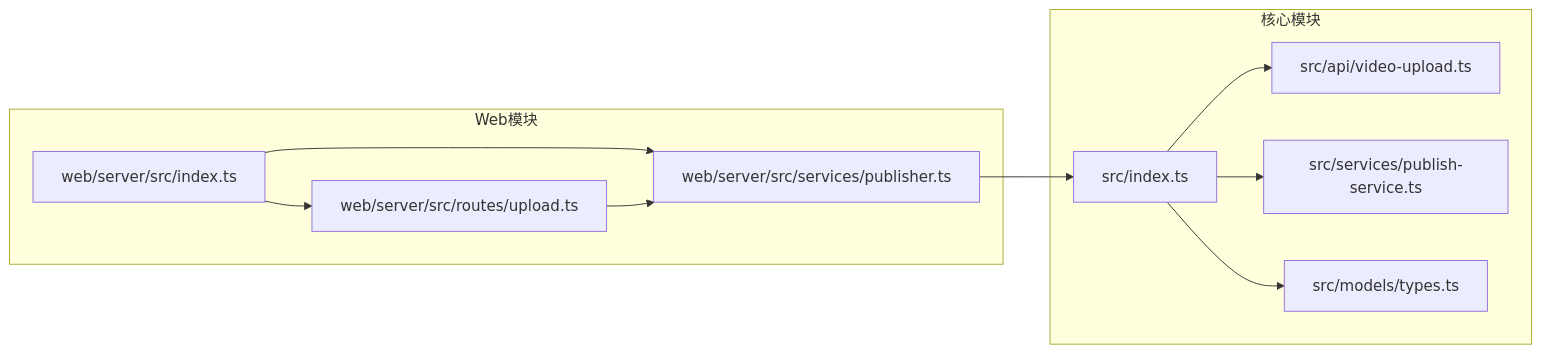
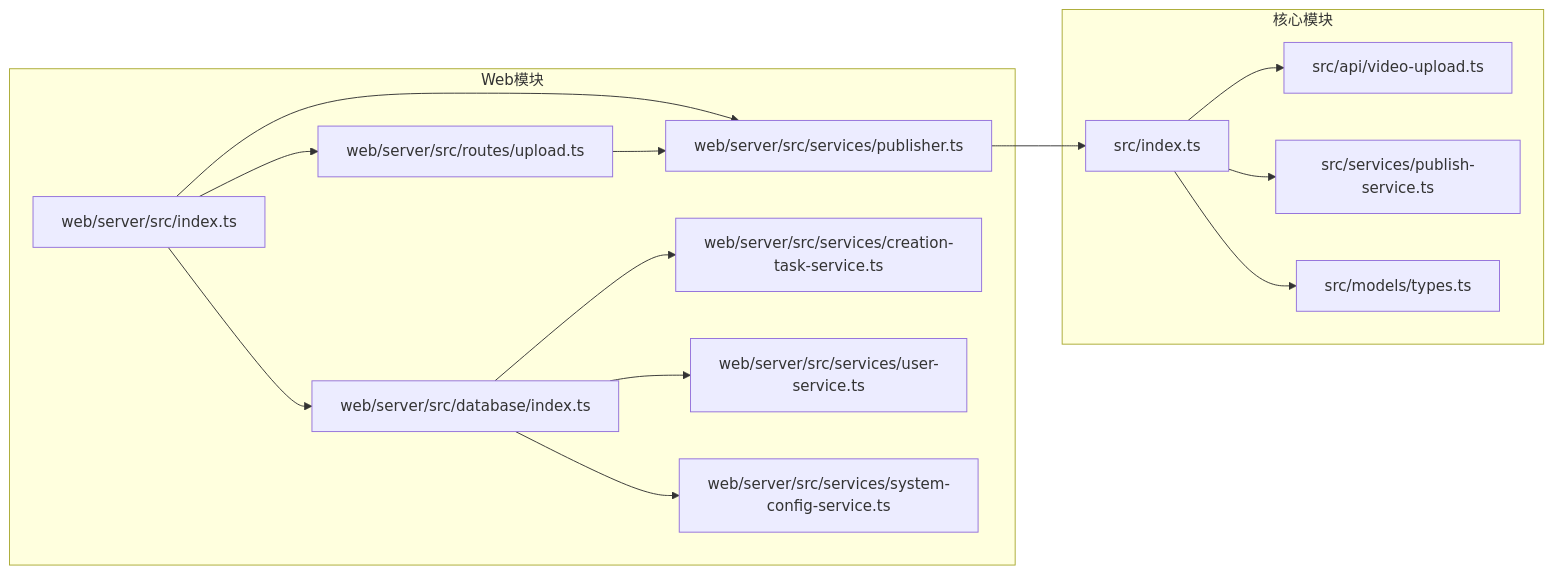
Diagram 13 of 13 in .qoder/repowiki/zh/content/Legacy Upload System Removed.md (songdiyang/clawOperations), drawn with Mermaid before and after one commit. The commit also changed other lines of this file and 10 other files, not shown here.

````diff
--- a/.qoder/repowiki/zh/content/Legacy Upload System Removed.md
+++ b/.qoder/repowiki/zh/content/Legacy Upload System Removed.md
@@ -397,21 +625,29 @@
 ```mermaid
 graph LR
 subgraph "核心模块"
 Main[src/index.ts]
 Upload[src/api/video-upload.ts]
 Publish[src/services/publish-service.ts]
 Types[src/models/types.ts]
 end
 subgraph "Web模块"
 WebIndex[web/server/src/index.ts]
 UploadRoute[web/server/src/routes/upload.ts]
 PublisherService[web/server/src/services/publisher.ts]
+DatabaseLayer[web/server/src/database/index.ts]
+TaskService[web/server/src/services/creation-task-service.ts]
+UserService[web/server/src/services/user-service.ts]
+SystemConfig[web/server/src/services/system-config-service.ts]
 end
 Main --> Upload
 Main --> Publish
 Main --> Types
 WebIndex --> UploadRoute
 WebIndex --> PublisherService
+WebIndex --> DatabaseLayer
 UploadRoute --> PublisherService
 PublisherService --> Main
+DatabaseLayer --> TaskService
+DatabaseLayer --> UserService
+DatabaseLayer --> SystemConfig
 ```
````
